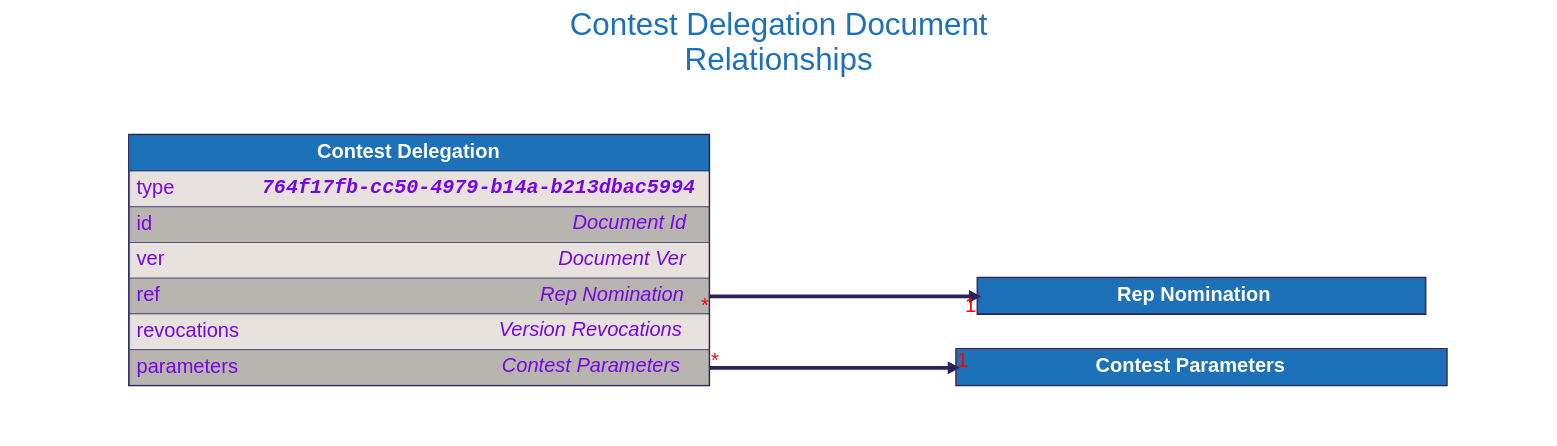
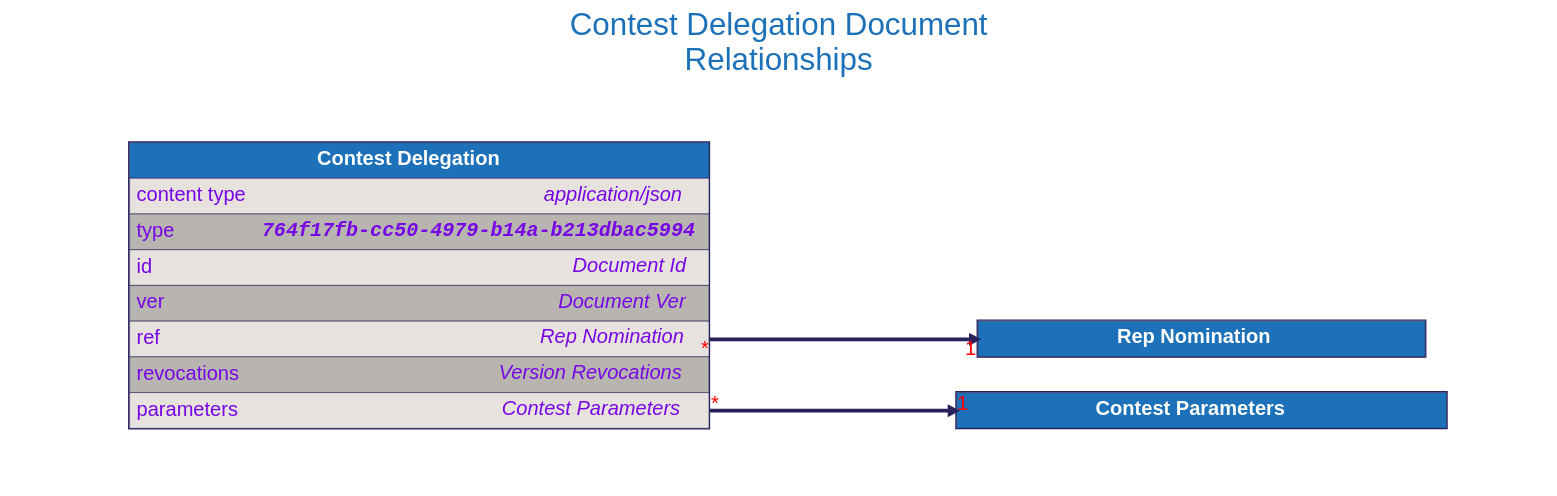
The diagram in docs/src/architecture/08_concepts/signed_doc/diagrams/contest_delegation.dot (input-output-hk/catalyst-libs), drawn with Graphviz before and after one commit. The commit also changed 23 other files, not shown here.

```diff
--- a/docs/src/architecture/08_concepts/signed_doc/diagrams/contest_delegation.dot
+++ b/docs/src/architecture/08_concepts/signed_doc/diagrams/contest_delegation.dot
@@ -1,123 +1,133 @@
 digraph "Contest Delegation" {
     rankdir="LR"
     graph [fontname="helvetica", fontsize="32", fontcolor="#29235c", bgcolor="white"];
     node [penwidth="0", margin="0", fontname="helvetica", fontsize="32", fontcolor="#29235c"];
     edge [fontname="helvetica", fontsize="32", fontcolor="red", color="#29235c"];
 
     labelloc="t"
     label="Contest Delegation Document
 Relationships"
     fontcolor="#1d71b8"
     fontsize=50
     compound=true
 
 
 
     "Rep Nomination" [
         id="Rep Nomination";
         label=<
             <TABLE BORDER="2" COLOR="#29235c" CELLBORDER="1" CELLSPACING="0" CELLPADDING="10">
             <TR>
                 <TD PORT="title" BGCOLOR="#1d71b8" HREF="../rep_nomination/">
                     <FONT COLOR="#ffffff"><B> Rep Nomination </B></FONT>
                 </TD>
             </TR>
 
             </TABLE>
         >
     ];
 
 
     "Contest Parameters" [
         id="Contest Parameters";
         label=<
             <TABLE BORDER="2" COLOR="#29235c" CELLBORDER="1" CELLSPACING="0" CELLPADDING="10">
             <TR>
                 <TD PORT="title" BGCOLOR="#1d71b8" HREF="../contest_parameters/">
                     <FONT COLOR="#ffffff"><B> Contest Parameters </B></FONT>
                 </TD>
             </TR>
 
             </TABLE>
         >
     ];
 
 
     "Contest Delegation" [
         id="Contest Delegation";
         label=<
             <TABLE BORDER="2" COLOR="#29235c" CELLBORDER="1" CELLSPACING="0" CELLPADDING="10">
             <TR>
                 <TD PORT="title" BGCOLOR="#1d71b8" HREF="../contest_delegation/">
                     <FONT COLOR="#ffffff"><B> Contest Delegation </B></FONT>
                 </TD>
             </TR>
             <TR>
-                <TD ALIGN="LEFT" PORT="type" BGCOLOR="#e7e2dd">
+                <TD ALIGN="LEFT" PORT="content type" BGCOLOR="#e7e2dd">
+                    <TABLE CELLPADDING="0" CELLSPACING="0" BORDER="0">
+                        <TR>
+                            <TD ALIGN="LEFT" VALIGN="TOP" WIDTH="200"><FONT COLOR="#7706E5">content type</FONT></TD>
+                            <TD ALIGN="RIGHT"><FONT COLOR="#7706E5"><I>application/json</I></FONT></TD>
+                        </TR>
+                    </TABLE>
+                </TD>
+            </TR>
+            <TR>
+                <TD ALIGN="LEFT" PORT="type" BGCOLOR="#b8b5b0">
                     <TABLE CELLPADDING="0" CELLSPACING="0" BORDER="0">
                         <TR>
                             <TD ALIGN="LEFT" VALIGN="TOP" WIDTH="200"><FONT COLOR="#7706E5">type</FONT></TD>
                             <TD ALIGN="RIGHT"><FONT FACE="Courier" COLOR="#7706E5"><B><I>764f17fb-cc50-4979-b14a-b213dbac5994</I></B></FONT></TD>
                         </TR>
                     </TABLE>
                 </TD>
             </TR>
             <TR>
-                <TD ALIGN="LEFT" PORT="id" BGCOLOR="#b8b5b0">
+                <TD ALIGN="LEFT" PORT="id" BGCOLOR="#e7e2dd">
                     <TABLE CELLPADDING="0" CELLSPACING="0" BORDER="0">
                         <TR>
                             <TD ALIGN="LEFT" VALIGN="TOP" WIDTH="200"><FONT COLOR="#7706E5">id</FONT></TD>
                             <TD ALIGN="RIGHT"><FONT COLOR="#7706E5"><I>Document Id</I></FONT></TD>
                         </TR>
                     </TABLE>
                 </TD>
             </TR>
             <TR>
-                <TD ALIGN="LEFT" PORT="ver" BGCOLOR="#e7e2dd">
+                <TD ALIGN="LEFT" PORT="ver" BGCOLOR="#b8b5b0">
                     <TABLE CELLPADDING="0" CELLSPACING="0" BORDER="0">
                         <TR>
                             <TD ALIGN="LEFT" VALIGN="TOP" WIDTH="200"><FONT COLOR="#7706E5">ver</FONT></TD>
                             <TD ALIGN="RIGHT"><FONT COLOR="#7706E5"><I>Document Ver</I></FONT></TD>
                         </TR>
                     </TABLE>
                 </TD>
             </TR>
             <TR>
-                <TD ALIGN="LEFT" PORT="ref" BGCOLOR="#b8b5b0">
+                <TD ALIGN="LEFT" PORT="ref" BGCOLOR="#e7e2dd">
                     <TABLE CELLPADDING="0" CELLSPACING="0" BORDER="0">
                         <TR>
                             <TD ALIGN="LEFT" VALIGN="TOP" WIDTH="200"><FONT COLOR="#7706E5">ref</FONT></TD>
                             <TD ALIGN="RIGHT"><FONT COLOR="#7706E5"><I>Rep Nomination</I></FONT></TD>
                         </TR>
                     </TABLE>
                 </TD>
             </TR>
             <TR>
-                <TD ALIGN="LEFT" PORT="revocations" BGCOLOR="#e7e2dd">
+                <TD ALIGN="LEFT" PORT="revocations" BGCOLOR="#b8b5b0">
                     <TABLE CELLPADDING="0" CELLSPACING="0" BORDER="0">
                         <TR>
                             <TD ALIGN="LEFT" VALIGN="TOP" WIDTH="200"><FONT COLOR="#7706E5">revocations</FONT></TD>
                             <TD ALIGN="RIGHT"><FONT COLOR="#7706E5"><I>Version Revocations</I></FONT></TD>
                         </TR>
                     </TABLE>
                 </TD>
             </TR>
             <TR>
-                <TD ALIGN="LEFT" PORT="parameters" BGCOLOR="#b8b5b0">
+                <TD ALIGN="LEFT" PORT="parameters" BGCOLOR="#e7e2dd">
                     <TABLE CELLPADDING="0" CELLSPACING="0" BORDER="0">
                         <TR>
                             <TD ALIGN="LEFT" VALIGN="TOP" WIDTH="200"><FONT COLOR="#7706E5">parameters</FONT></TD>
                             <TD ALIGN="RIGHT"><FONT COLOR="#7706E5"><I>Contest Parameters</I></FONT></TD>
                         </TR>
                     </TABLE>
                 </TD>
             </TR>
 
             </TABLE>
         >
     ];
 
 
     "Contest Delegation":"ref":e -> "Rep Nomination":"title":w [dir=forward, penwidth=6, color="#29235c", headlabel="1", taillabel="*"]
     "Contest Delegation":"parameters":e -> "Contest Parameters":"title":w [dir=forward, penwidth=6, color="#29235c", headlabel="1", taillabel="*"]
 }
```
